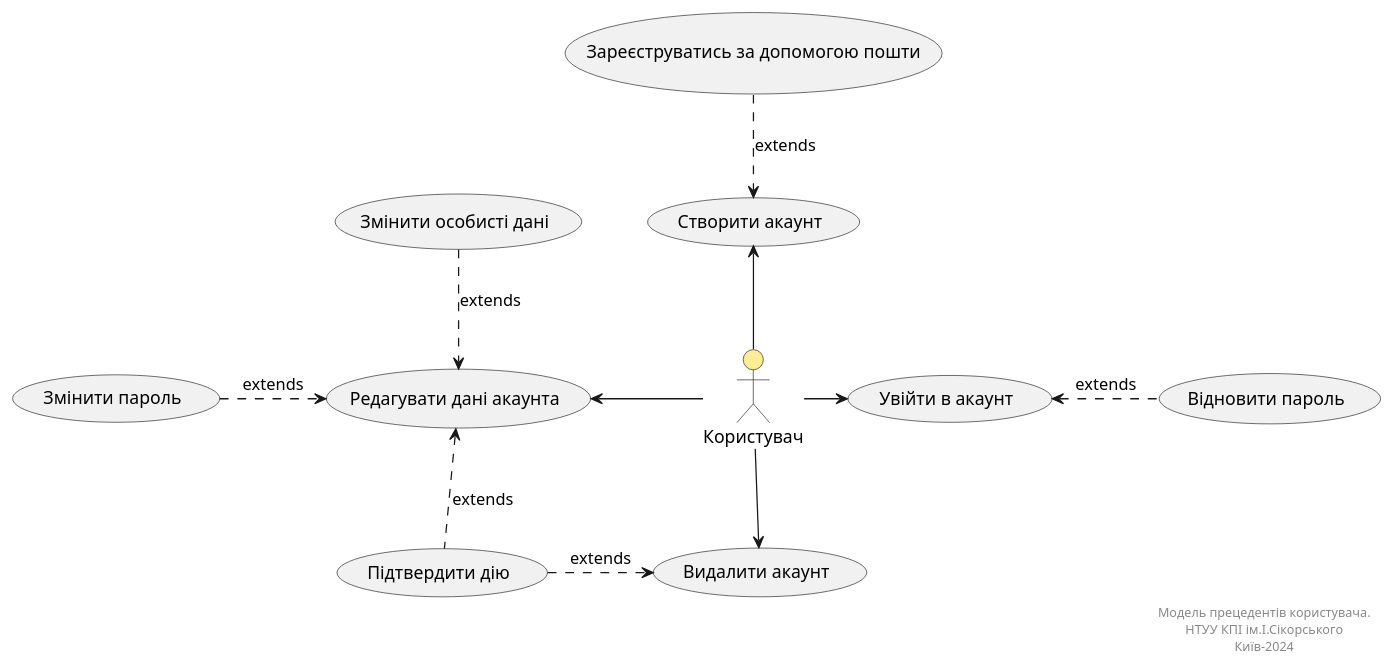
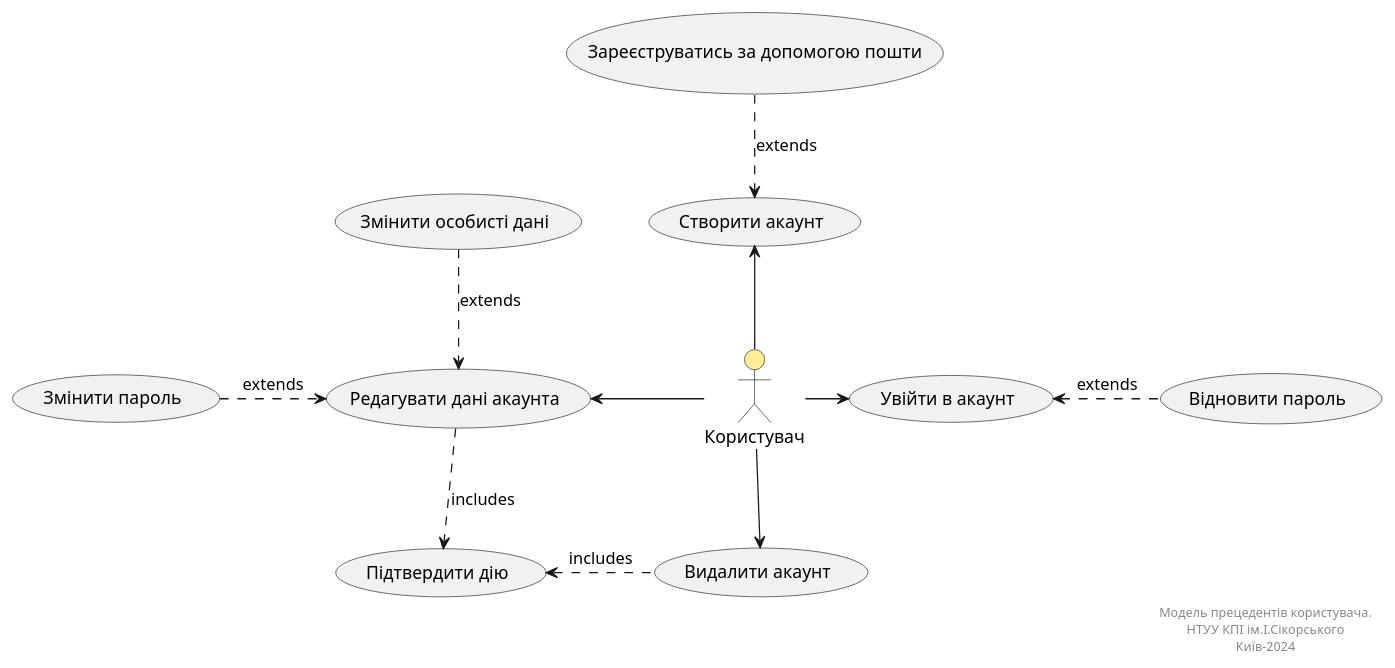
One commit to generalmaks/db_labs changed the second of 16 diagrams in docs/use_cases.md. Above: the diagram before and after it, drawn with PlantUML. The commit also changed other lines of this file, not shown here.

Commit message:
Fix some use case diagrams

````diff
--- a/docs/use_cases.md
+++ b/docs/use_cases.md
@@ -96,38 +96,38 @@
 ```plantuml
 @startuml
     actor "Користувач" as User #ffed94
 
     usecase "Створити акаунт" as UC_1.1
     usecase "Увійти в акаунт" as UC_1.2  
     usecase "Видалити акаунт" as UC_1.3
     usecase "Редагувати дані акаунта" as UC_1.4
     
     usecase "Зареєструватись за допомогою пошти" as UC_1.1.1
 
     usecase "Відновити пароль" as UC_1.2.1
     
     usecase "Підтвердити дію" as UC_1.34.1
     
     usecase "Змінити пароль" as UC_1.4.1
     usecase "Змінити особисті дані" as UC_1.4.2
     
     User -up-> UC_1.1
     User -right-> UC_1.2
     User -down-> UC_1.3
     User -left-> UC_1.4
     
     UC_1.1.1 ..> UC_1.1 :extends
     UC_1.2.1 .left.> UC_1.2 :extends
-    UC_1.34.1 .right.> UC_1.3 :extends
-    UC_1.34.1 .up.> UC_1.4 :extends
+    UC_1.34.1 <.r. UC_1.3 :includes
+    UC_1.34.1 <.up. UC_1.4 :includes
     UC_1.4.1 .right.> UC_1.4 :extends
     UC_1.4.2 ..> UC_1.4 :extends
     
     right footer
         Модель прецедентів користувача.
         НТУУ КПІ ім.І.Сікорського
         Київ-2024
     end footer
     
 @enduml
 ```
````
